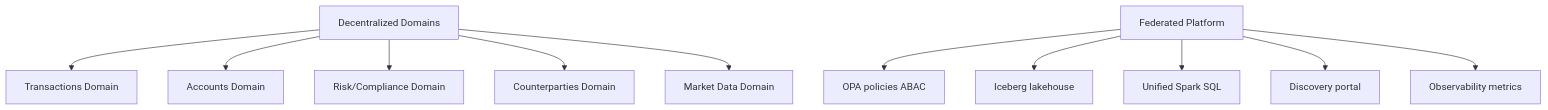
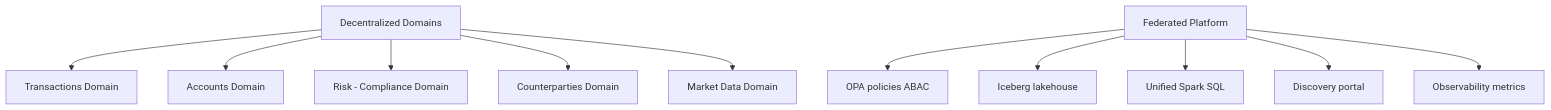
The diagram in docs/adrs/ADR-0001-data-mesh.md (naren-chakraview/chakraview-fintech-data-mesh), drawn with Mermaid before and after one commit. The commit also changed 21 other files, not shown here.

First line of the commit message:
Fix mermaid diagram rendering issues in fintech data mesh documentation

````diff
--- a/docs/adrs/ADR-0001-data-mesh.md
+++ b/docs/adrs/ADR-0001-data-mesh.md
@@ -22,16 +22,16 @@
 ```mermaid
 graph TD
     A["Decentralized Domains"]
     A --> A1["Transactions Domain"]
     A --> A2["Accounts Domain"]
-    A --> A3["Risk/Compliance Domain"]
+    A --> A3["Risk - Compliance Domain"]
     A --> A4["Counterparties Domain"]
     A --> A5["Market Data Domain"]
     
     B["Federated Platform"]
     B --> B1["OPA policies ABAC"]
     B --> B2["Iceberg lakehouse"]
     B --> B3["Unified Spark SQL"]
     B --> B4["Discovery portal"]
     B --> B5["Observability metrics"]
 ```
````
